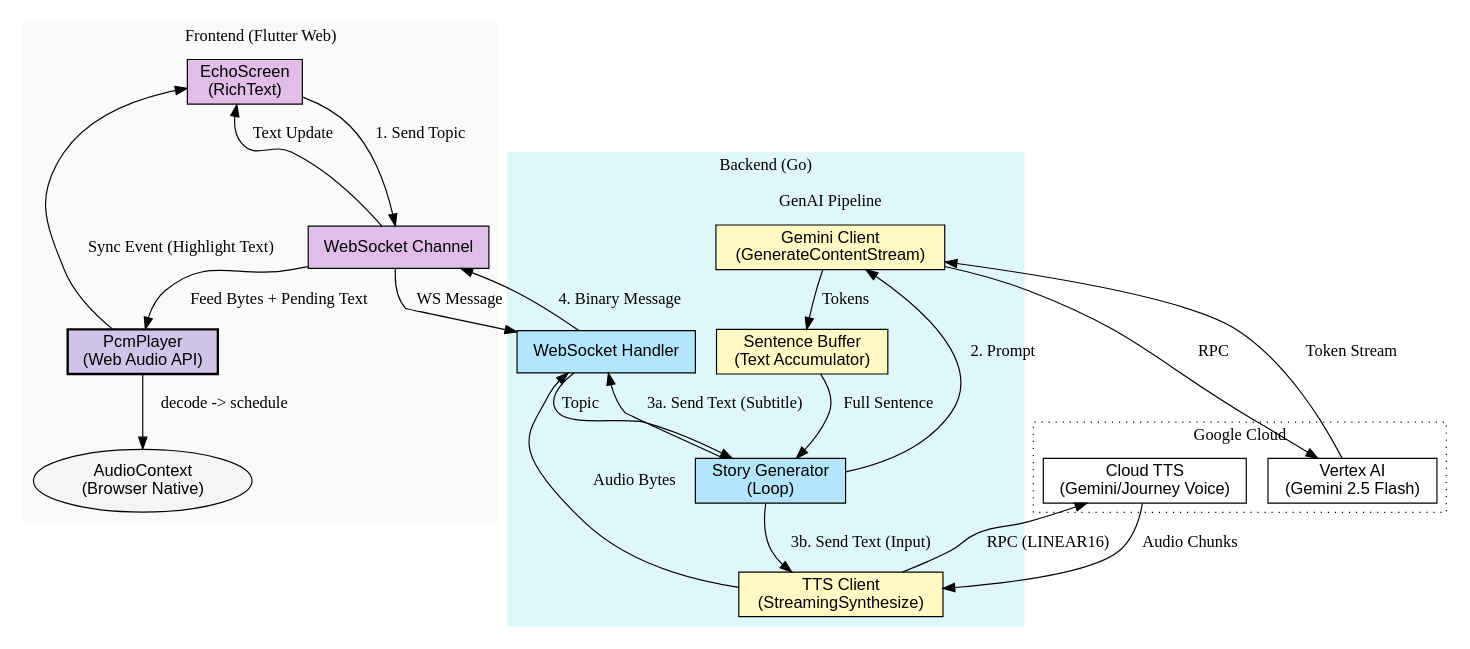
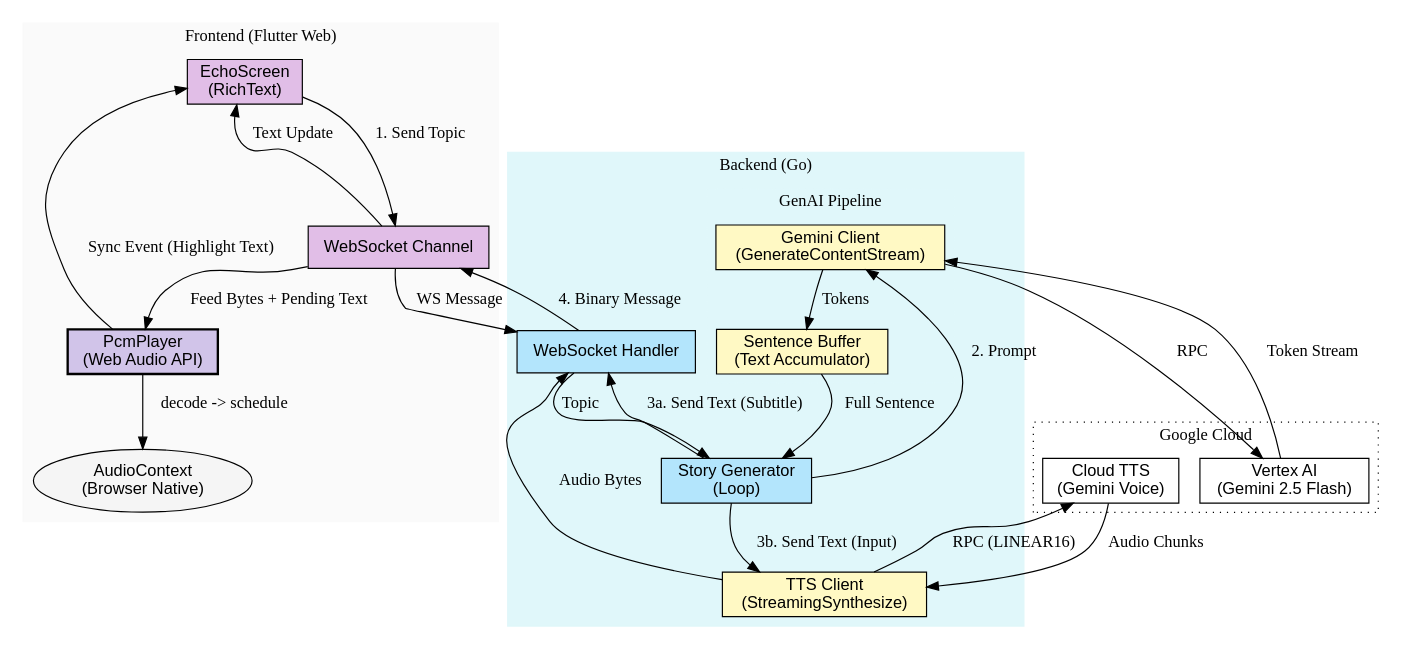
The diagram in docs/architecture.dot (ghchinoy/echo-storyteller), drawn with Graphviz before and after one commit. The commit also changed 15 other files, not shown here.

```diff
--- a/docs/architecture.dot
+++ b/docs/architecture.dot
@@ -1,71 +1,71 @@
 digraph EchoArchitecture {
     rankdir=TB;
     node [shape=box, style=filled, fontname="Helvetica"];
     
     // Clients
     subgraph cluster_frontend {
         label = "Frontend (Flutter Web)";
         style = filled;
         color = "#FAFAFA";
         
         UI [label="EchoScreen\n(RichText)", fillcolor="#E1BEE7"];
         WSClient [label="WebSocket Channel", fillcolor="#E1BEE7"];
         PcmPlayer [label="PcmPlayer\n(Web Audio API)", fillcolor="#D1C4E9", penwidth=2];
         AudioContext [label="AudioContext\n(Browser Native)", shape=ellipse, fillcolor="#F5F5F5"];
     }
 
     // Server
     subgraph cluster_backend {
         label = "Backend (Go)";
         style = filled;
         color = "#E0F7FA";
         
         WSHandler [label="WebSocket Handler", fillcolor="#B3E5FC"];
         StoryLoop [label="Story Generator\n(Loop)", fillcolor="#B3E5FC"];
         
         subgraph cluster_gemini {
             label = "GenAI Pipeline";
             style = dashed;
             GeminiClient [label="Gemini Client\n(GenerateContentStream)", fillcolor="#FFF9C4"];
             SentenceBuffer [label="Sentence Buffer\n(Text Accumulator)", fillcolor="#FFF9C4"];
         }
         
         TTSClient [label="TTS Client\n(StreamingSynthesize)", fillcolor="#FFF9C4"];
     }
 
     // Cloud
     subgraph cluster_gcp {
         label = "Google Cloud";
         style = dotted;
         VertexAI [label="Vertex AI\n(Gemini 2.5 Flash)", shape=cloud, fillcolor="#FFFFFF"];
-        CloudTTS [label="Cloud TTS\n(Gemini/Journey Voice)", shape=cloud, fillcolor="#FFFFFF"];
+        CloudTTS [label="Cloud TTS\n(Gemini Voice)", shape=cloud, fillcolor="#FFFFFF"];
     }
 
     // Flow
     UI -> WSClient [label="1. Send Topic"];
     WSClient -> WSHandler [label="WS Message"];
     WSHandler -> StoryLoop [label="Topic"];
     
     StoryLoop -> GeminiClient [label="2. Prompt"];
     GeminiClient -> VertexAI [label="RPC"];
     VertexAI -> GeminiClient [label="Token Stream"];
     
     GeminiClient -> SentenceBuffer [label="Tokens"];
     SentenceBuffer -> StoryLoop [label="Full Sentence"];
     
     // Parallel Pipe
     StoryLoop -> WSHandler [label="3a. Send Text (Subtitle)"];
     StoryLoop -> TTSClient [label="3b. Send Text (Input)"];
     
     TTSClient -> CloudTTS [label="RPC (LINEAR16)"];
     CloudTTS -> TTSClient [label="Audio Chunks"];
     
     TTSClient -> WSHandler [label="Audio Bytes"];
     WSHandler -> WSClient [label="4. Binary Message"];
     
     // Playback
     WSClient -> UI [label="Text Update"];
     WSClient -> PcmPlayer [label="Feed Bytes + Pending Text"];
     PcmPlayer -> AudioContext [label="decode -> schedule"];
     PcmPlayer -> UI [label="Sync Event (Highlight Text)"];
 }
```
